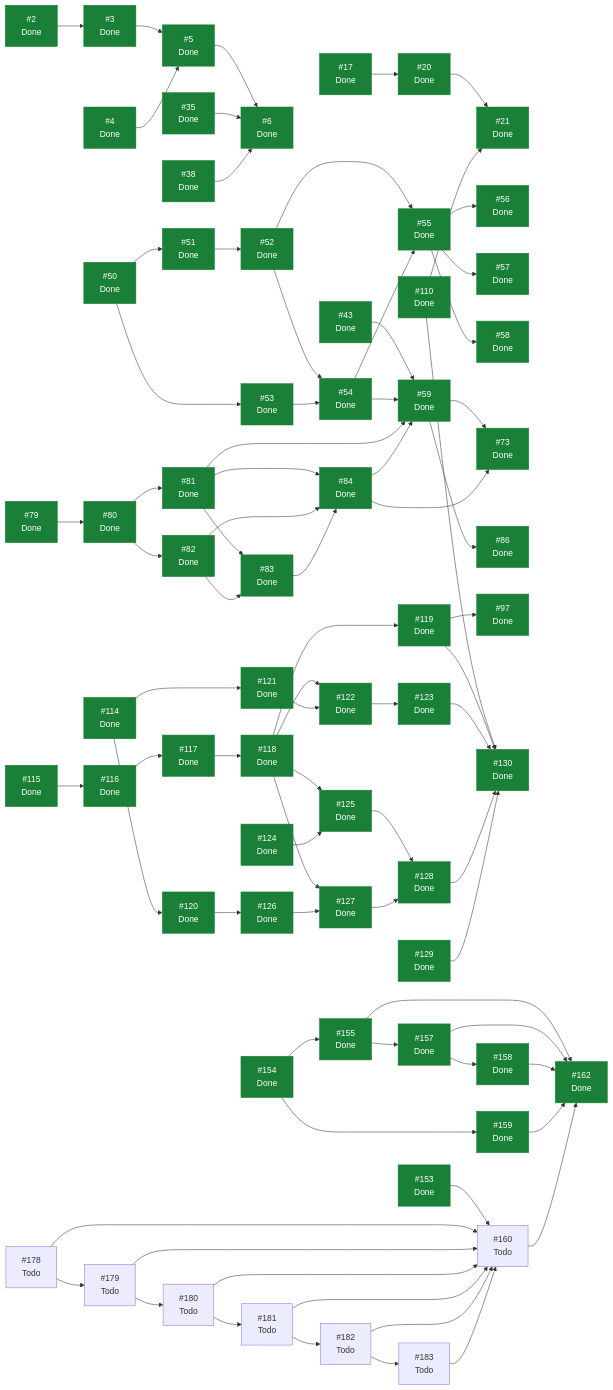
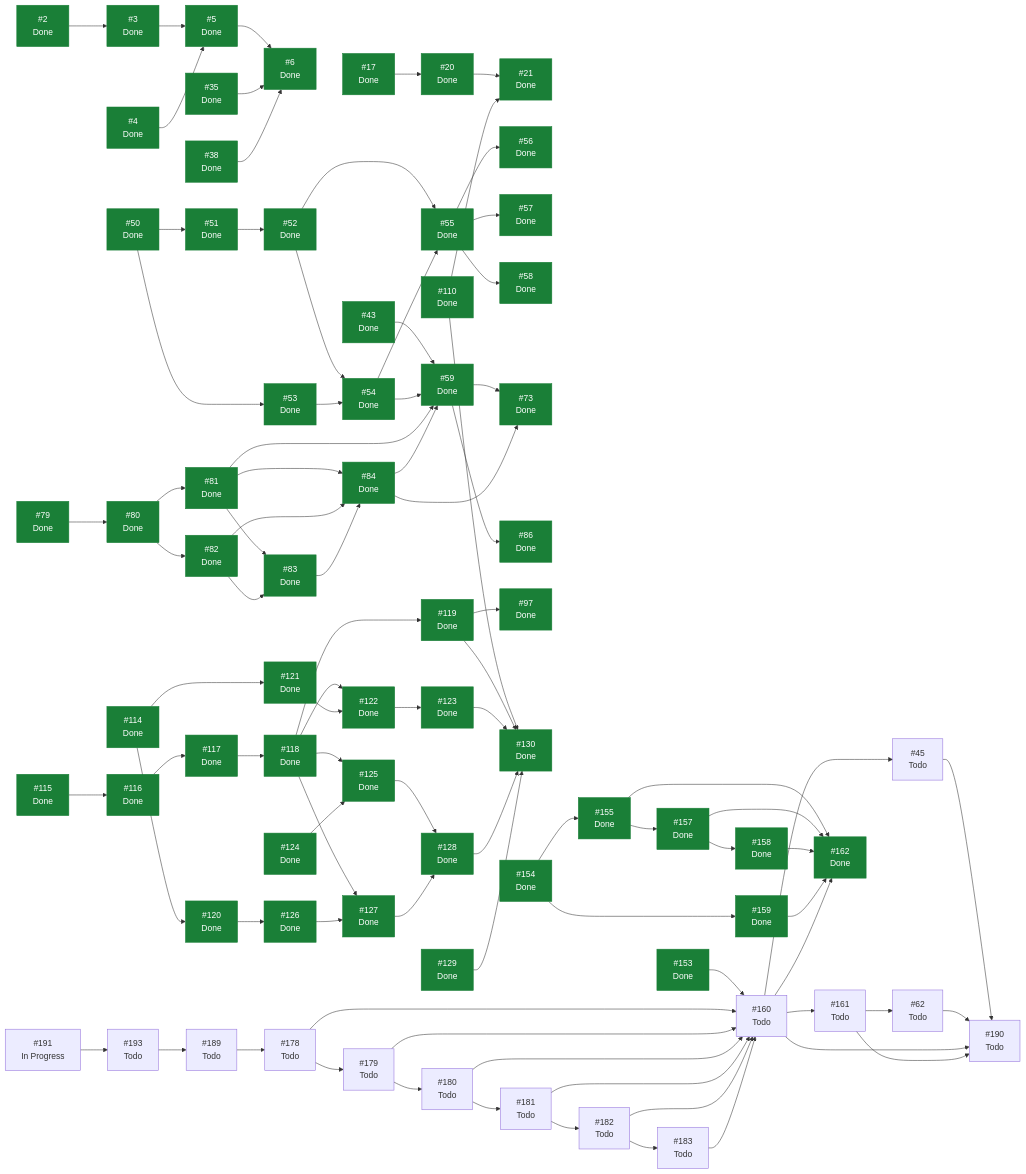
Before and after one commit to ecamp0s/evault: the diagram in docs/planning/STATUS.md, drawn with Mermaid. The commit also changed other lines of this file and 1 other file, not shown here.

````diff
--- a/docs/planning/STATUS.md
+++ b/docs/planning/STATUS.md
@@ -190,6 +201,7 @@
   I35["#35<br/>Done"]
   I38["#38<br/>Done"]
   I43["#43<br/>Done"]
+  I45["#45<br/>Todo"]
   I50["#50<br/>Done"]
   I51["#51<br/>Done"]
   I52["#52<br/>Done"]
@@ -200,6 +212,7 @@
   I57["#57<br/>Done"]
   I58["#58<br/>Done"]
   I59["#59<br/>Done"]
+  I62["#62<br/>Todo"]
   I73["#73<br/>Done"]
   I79["#79<br/>Done"]
   I80["#80<br/>Done"]
@@ -234,6 +247,7 @@
   I158["#158<br/>Done"]
   I159["#159<br/>Done"]
   I160["#160<br/>Todo"]
+  I161["#161<br/>Todo"]
   I162["#162<br/>Done"]
   I178["#178<br/>Todo"]
   I179["#179<br/>Todo"]
@@ -241,6 +255,10 @@
   I181["#181<br/>Todo"]
   I182["#182<br/>Todo"]
   I183["#183<br/>Todo"]
+  I189["#189<br/>Todo"]
+  I190["#190<br/>Todo"]
+  I191["#191<br/>In Progress"]
+  I193["#193<br/>Todo"]
   I2 --> I3
   I3 --> I5
   I4 --> I5
@@ -250,6 +268,7 @@
   I35 --> I6
   I38 --> I6
   I43 --> I59
+  I45 --> I190
   I50 --> I51
   I50 --> I53
   I51 --> I52
@@ -263,6 +282,7 @@
   I55 --> I58
   I59 --> I73
   I59 --> I86
+  I62 --> I190
   I79 --> I80
   I80 --> I81
   I80 --> I82
@@ -306,7 +326,12 @@
   I157 --> I162
   I158 --> I162
   I159 --> I162
+  I160 --> I45
+  I160 --> I161
   I160 --> I162
+  I160 --> I190
+  I161 --> I62
+  I161 --> I190
   I178 --> I160
   I178 --> I179
   I179 --> I160
@@ -318,6 +343,9 @@
   I182 --> I160
   I182 --> I183
   I183 --> I160
+  I189 --> I178
+  I191 --> I193
+  I193 --> I189
   classDef hecho fill:#1a7f37,stroke:#1a7f37,color:#fff;
   class I2,I3,I4,I5,I6,I17,I20,I21,I35,I38,I43,I50,I51,I52,I53,I54,I55,I56,I57,I58,I59,I73,I79,I80,I81,I82,I83,I84,I86,I97,I110,I114,I115,I116,I117,I118,I119,I120,I121,I122,I123,I124,I125,I126,I127,I128,I129,I130,I153,I154,I155,I157,I158,I159,I162 hecho;
 ```
````
